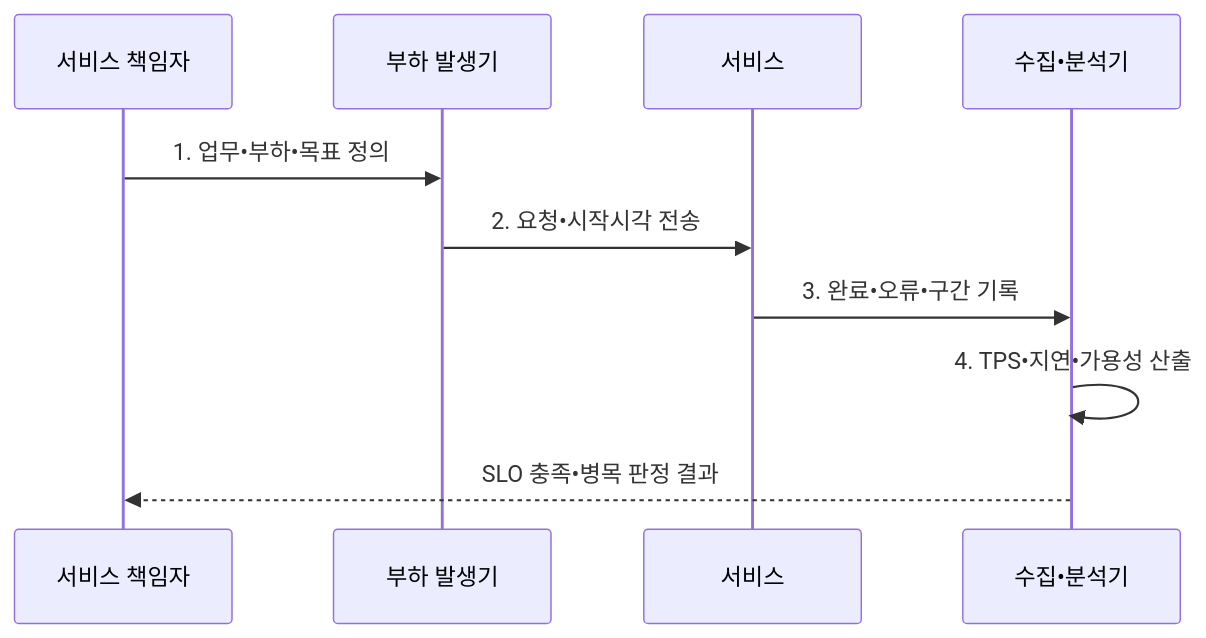
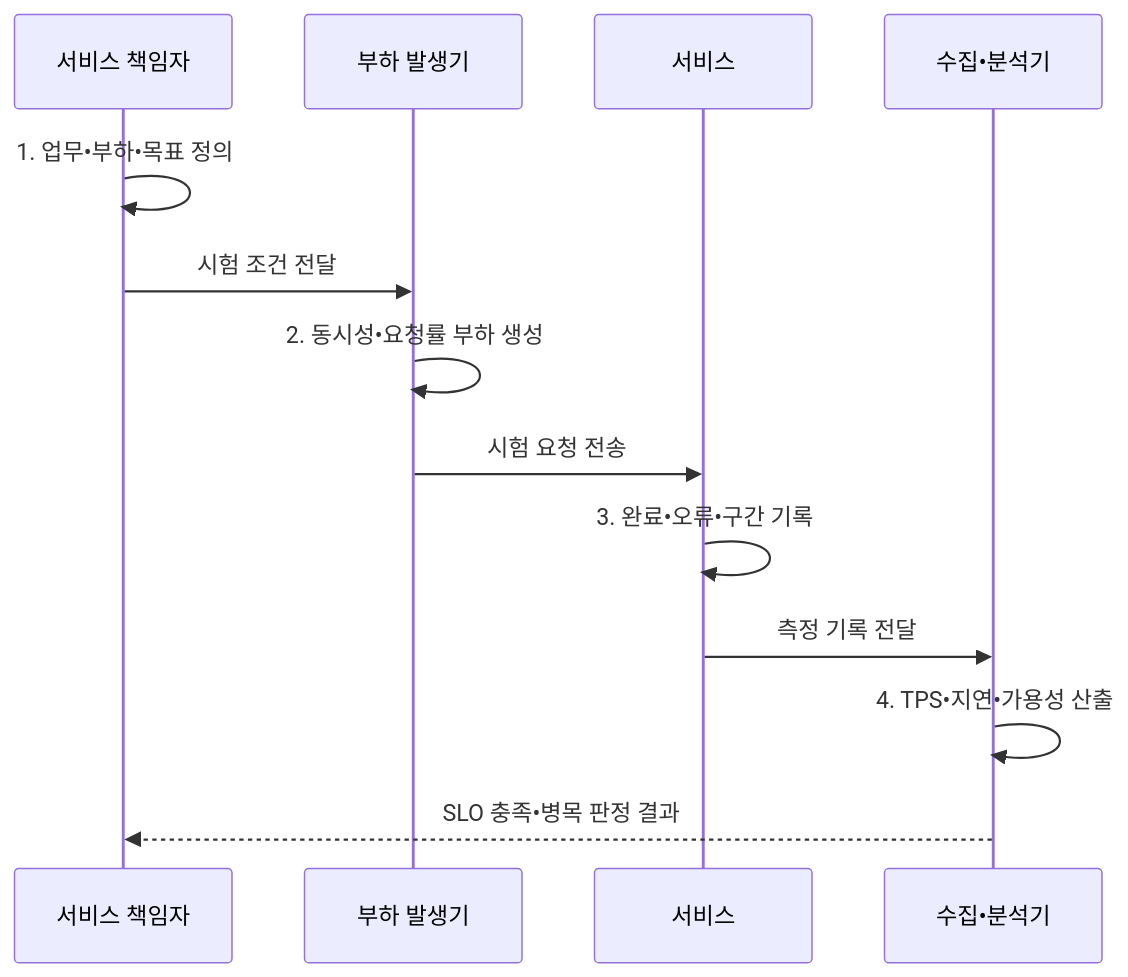
Before and after one commit to agnusdei1207/knowledge-base: the second of 2 diagrams in src/content/docs/notes/06-evaluation/001_system_kpi_tps_response_time.md, drawn with Mermaid. The commit also changed other lines of this file and 20 other files, not shown here.

````diff
--- a/src/content/docs/notes/06-evaluation/001_system_kpi_tps_response_time.md
+++ b/src/content/docs/notes/06-evaluation/001_system_kpi_tps_response_time.md
@@ -106,12 +106,15 @@
 ```mermaid
 sequenceDiagram
   participant O as 서비스 책임자
   participant L as 부하 발생기
   participant S as 서비스
-    participant C as 수집•분석기
-  O->>L: 1. 업무•부하•목표 정의
-  L->>S: 2. 요청•시작시각 전송
-  S->>C: 3. 완료•오류•구간 기록
-    C->>C: 4. TPS•지연•가용성 산출
-    C-->>O: SLO 충족•병목 판정 결과
+  participant C as 수집•분석기
+  O->>O: 1. 업무•부하•목표 정의
+  O->>L: 시험 조건 전달
+  L->>L: 2. 동시성•요청률 부하 생성
+  L->>S: 시험 요청 전송
+  S->>S: 3. 완료•오류•구간 기록
+  S->>C: 측정 기록 전달
+  C->>C: 4. TPS•지연•가용성 산출
+  C-->>O: SLO 충족•병목 판정 결과
 ```
````
